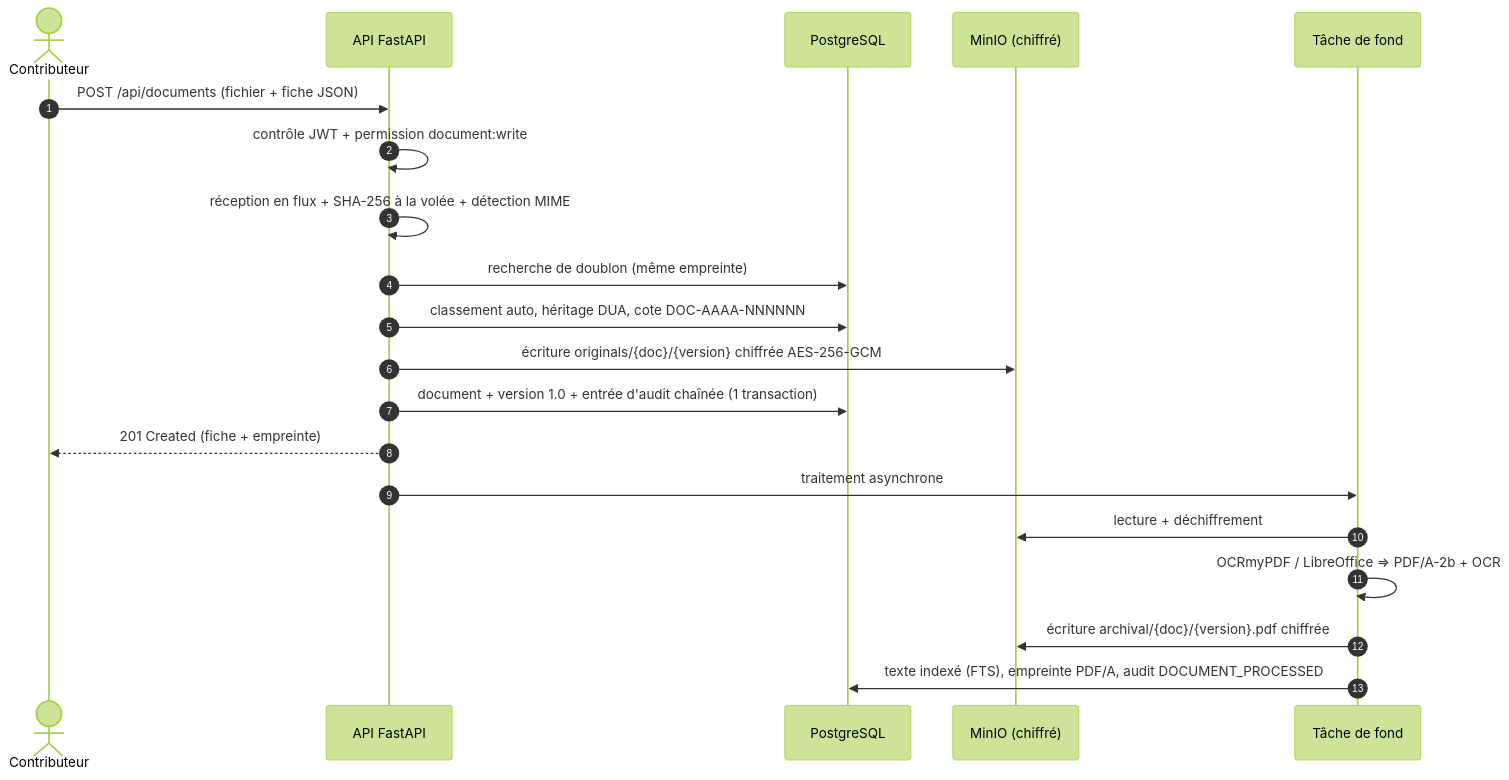
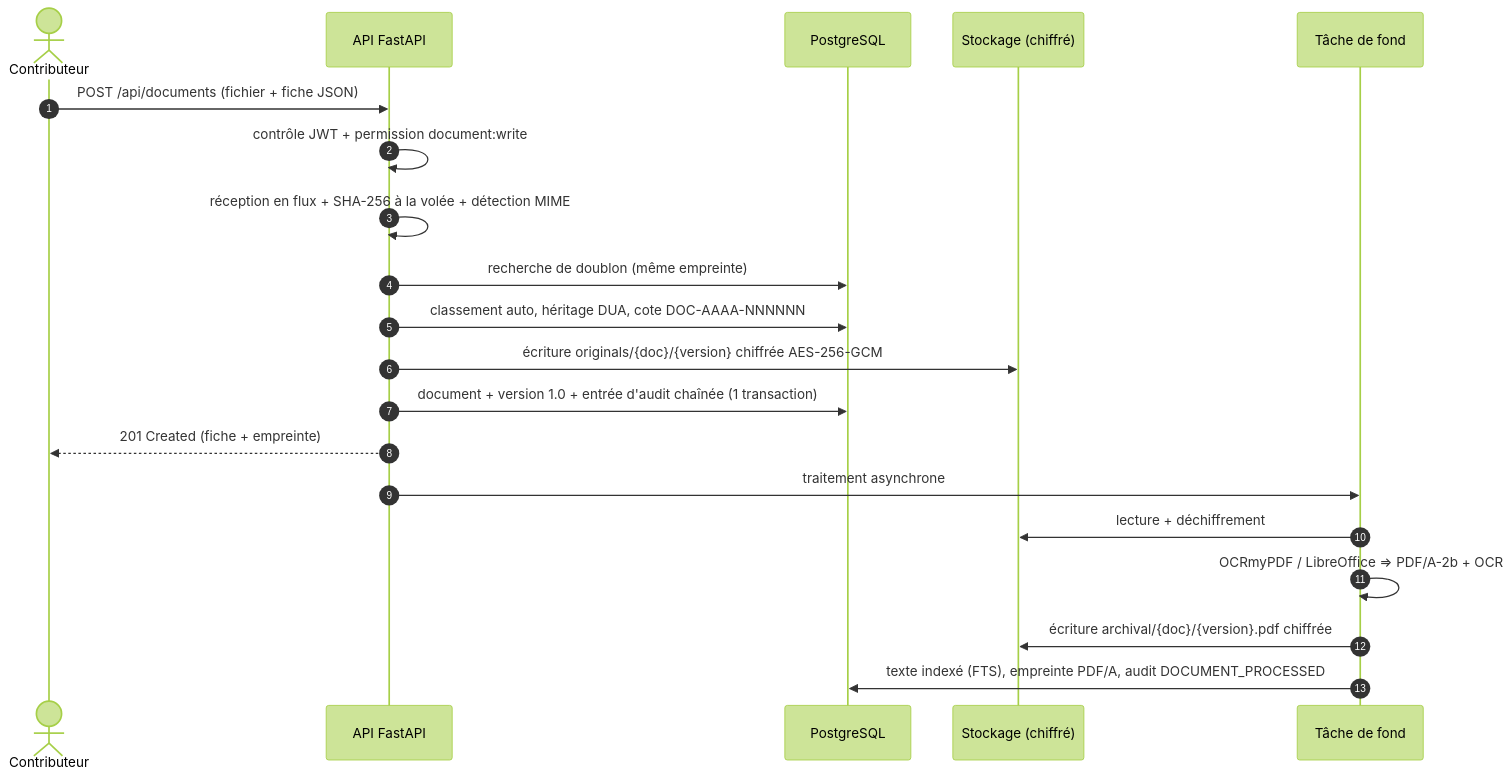
One commit to levy-kombila/siged changed the diagram in docs/diagrammes/sequence_depot.mmd. Above: the diagram before and after it, drawn with Mermaid (forest theme). The commit also changed 18 other files, not shown here.

First line of the commit message:
Stockage : volume Docker chiffré à la place de MinIO (images retirées)

```diff
--- a/docs/diagrammes/sequence_depot.mmd
+++ b/docs/diagrammes/sequence_depot.mmd
@@ -1,20 +1,20 @@
 sequenceDiagram
   autonumber
   actor C as Contributeur
   participant API as API FastAPI
   participant DB as PostgreSQL
-  participant ST as MinIO (chiffré)
+  participant ST as Stockage (chiffré)
   participant BG as Tâche de fond
   C->>API: POST /api/documents (fichier + fiche JSON)
   API->>API: contrôle JWT + permission document:write
   API->>API: réception en flux + SHA-256 à la volée + détection MIME
   API->>DB: recherche de doublon (même empreinte)
   API->>DB: classement auto, héritage DUA, cote DOC-AAAA-NNNNNN
   API->>ST: écriture originals/{doc}/{version} chiffrée AES-256-GCM
   API->>DB: document + version 1.0 + entrée d'audit chaînée (1 transaction)
   API-->>C: 201 Created (fiche + empreinte)
   API->>BG: traitement asynchrone
   BG->>ST: lecture + déchiffrement
   BG->>BG: OCRmyPDF / LibreOffice ⇒ PDF/A-2b + OCR
   BG->>ST: écriture archival/{doc}/{version}.pdf chiffrée
   BG->>DB: texte indexé (FTS), empreinte PDF/A, audit DOCUMENT_PROCESSED
```
